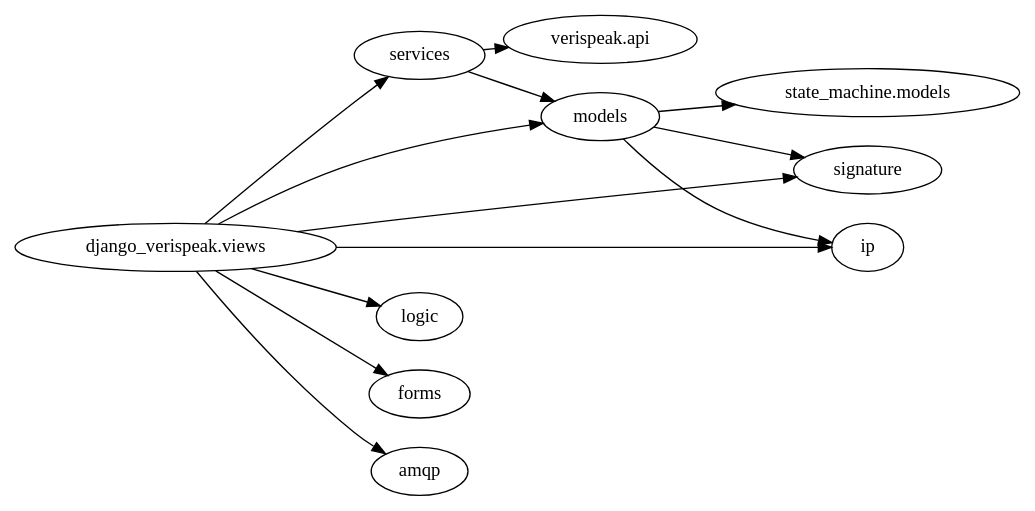
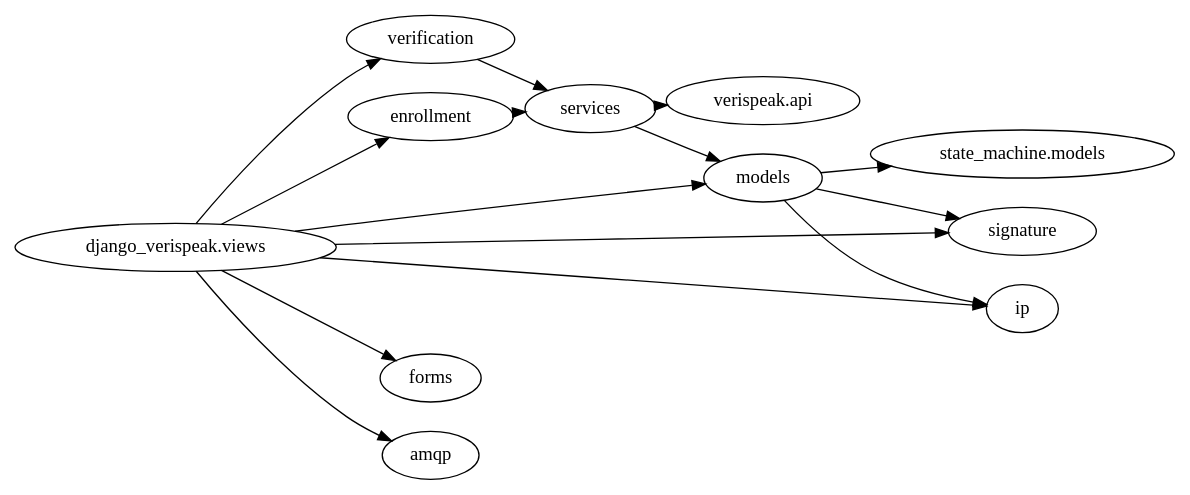
One commit to freevoid/verispeak_bachelor changed the diagram in report/dot/import_graph.dot. Above: the diagram before and after it, drawn with Graphviz. The commit also changed 13 other files, not shown here.

```diff
--- a/report/dot/import_graph.dot
+++ b/report/dot/import_graph.dot
@@ -1,24 +1,24 @@
 digraph import_graph {
 node[style="ordnode"];
 
 rankdir=LR;
-ranksep=.2;
+ranksep=.1;
 nodesep=.3;
 controller[label="django_verispeak.views"]
 sm_models[label="state_machine.models"]
 verispeak_api[label="verispeak.api"]
 
-controller -> services;
+controller -> enrollment -> services;
+controller -> verification -> services;
 controller -> models -> sm_models;
-controller -> logic;
 controller -> forms;
 controller -> amqp;
 controller -> signature;
 controller -> ip;
 models -> ip;
 models -> signature;
 
 services -> models;
 services -> verispeak_api;
 
 }
```
